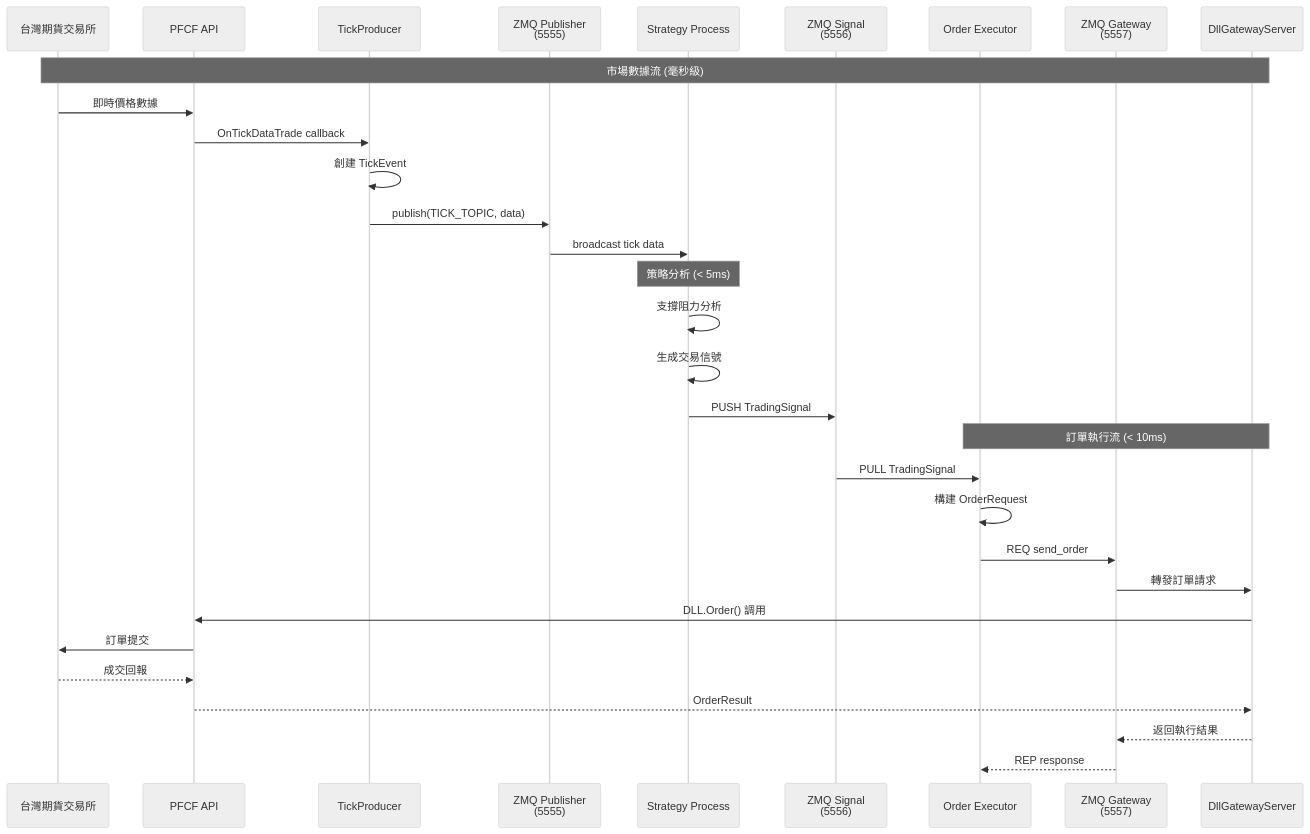
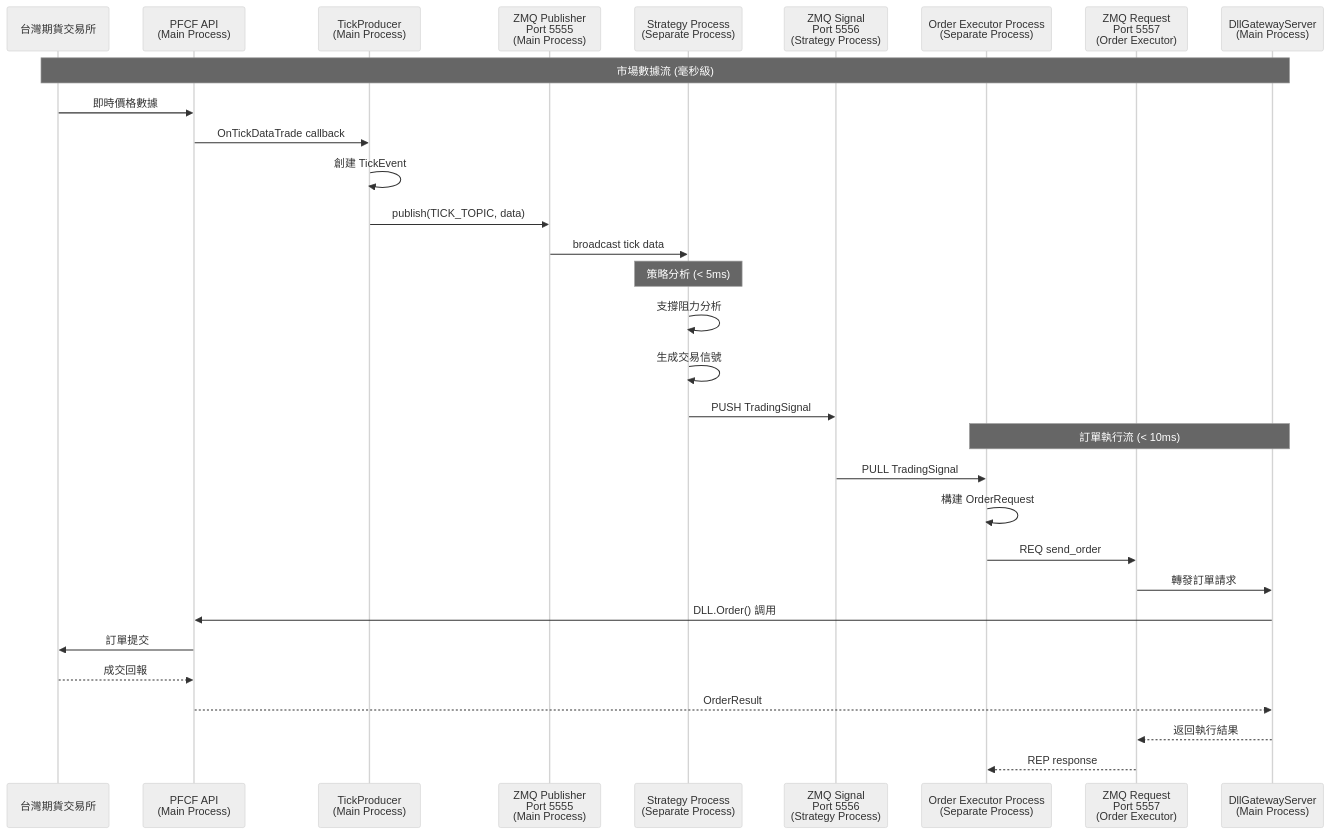
Before and after one commit to ttpss930141011/auto-futures-trading-machine: the fourth of 5 diagrams in ALLINONE_CONTROLLER_GUIDE.md, drawn with Mermaid (neutral theme). The commit also changed other lines of this file and 6 other files, not shown here.

````diff
--- a/ALLINONE_CONTROLLER_GUIDE.md
+++ b/ALLINONE_CONTROLLER_GUIDE.md
@@ -165,36 +162,36 @@
 ```mermaid
 sequenceDiagram
     participant Exchange as 台灣期貨交易所
-    participant PFCF as PFCF API
-    participant TP as TickProducer
-    participant ZMQ1 as ZMQ Publisher<br/>(5555)
-    participant Strategy as Strategy Process
-    participant ZMQ2 as ZMQ Signal<br/>(5556)
-    participant Executor as Order Executor
-    participant ZMQ3 as ZMQ Gateway<br/>(5557)
-    participant DG as DllGatewayServer
+    participant PFCF as PFCF API<br/>(Main Process)
+    participant TP as TickProducer<br/>(Main Process)
+    participant ZMQ1 as ZMQ Publisher<br/>Port 5555<br/>(Main Process)
+    participant Strategy as Strategy Process<br/>(Separate Process)
+    participant ZMQ2 as ZMQ Signal<br/>Port 5556<br/>(Strategy Process)
+    participant OrderExec as Order Executor Process<br/>(Separate Process)
+    participant ZMQ3 as ZMQ Request<br/>Port 5557<br/>(Order Executor)
+    participant DGS as DllGatewayServer<br/>(Main Process)
     
-    Note over Exchange, DG: 市場數據流 (毫秒級)
+    Note over Exchange, DGS: 市場數據流 (毫秒級)
     Exchange->>PFCF: 即時價格數據
     PFCF->>TP: OnTickDataTrade callback
     TP->>TP: 創建 TickEvent
     TP->>ZMQ1: publish(TICK_TOPIC, data)
     ZMQ1->>Strategy: broadcast tick data
     
     Note over Strategy: 策略分析 (< 5ms)
     Strategy->>Strategy: 支撐阻力分析
     Strategy->>Strategy: 生成交易信號
     Strategy->>ZMQ2: PUSH TradingSignal
     
-    Note over Executor, DG: 訂單執行流 (< 10ms)
-    ZMQ2->>Executor: PULL TradingSignal
-    Executor->>Executor: 構建 OrderRequest
-    Executor->>ZMQ3: REQ send_order
-    ZMQ3->>DG: 轉發訂單請求
-    DG->>PFCF: DLL.Order() 調用
+    Note over OrderExec, DGS: 訂單執行流 (< 10ms)
+    ZMQ2->>OrderExec: PULL TradingSignal
+    OrderExec->>OrderExec: 構建 OrderRequest
+    OrderExec->>ZMQ3: REQ send_order
+    ZMQ3->>DGS: 轉發訂單請求
+    DGS->>PFCF: DLL.Order() 調用
     PFCF->>Exchange: 訂單提交
     Exchange-->>PFCF: 成交回報
-    PFCF-->>DG: OrderResult
-    DG-->>ZMQ3: 返回執行結果
-    ZMQ3-->>Executor: REP response
+    PFCF-->>DGS: OrderResult
+    DGS-->>ZMQ3: 返回執行結果
+    ZMQ3-->>OrderExec: REP response
 ```
````
